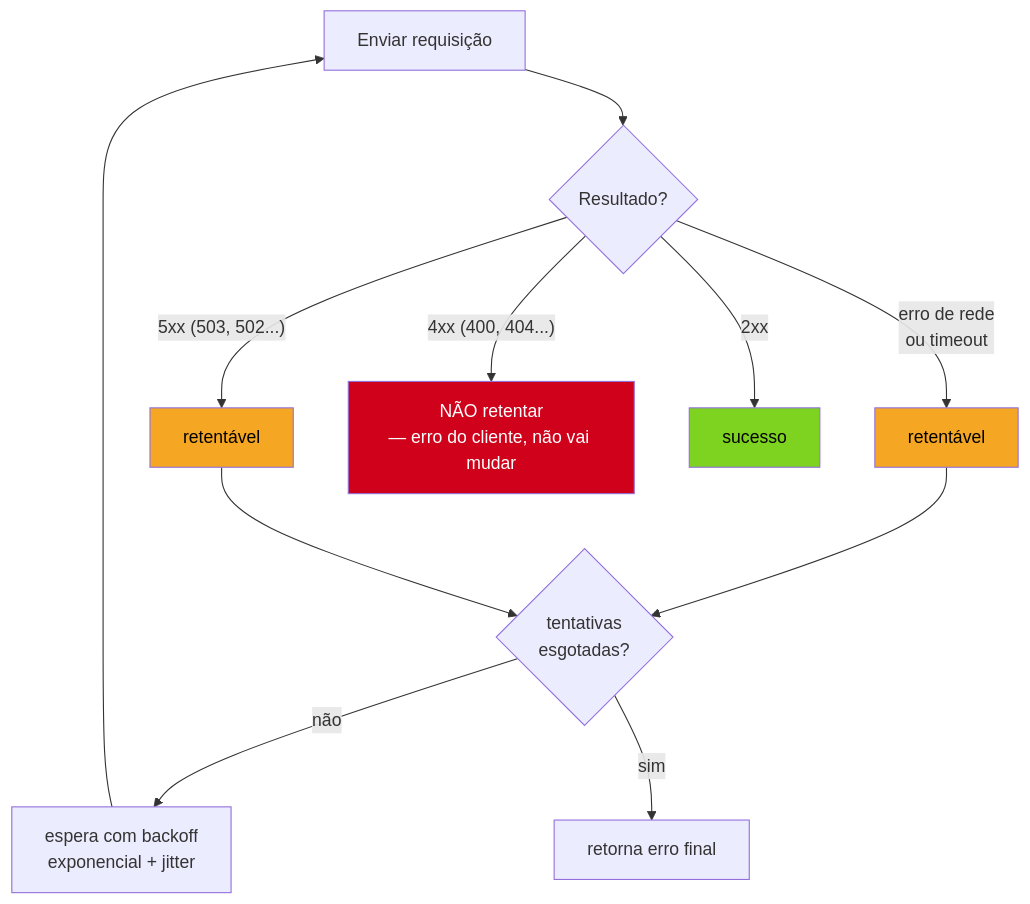
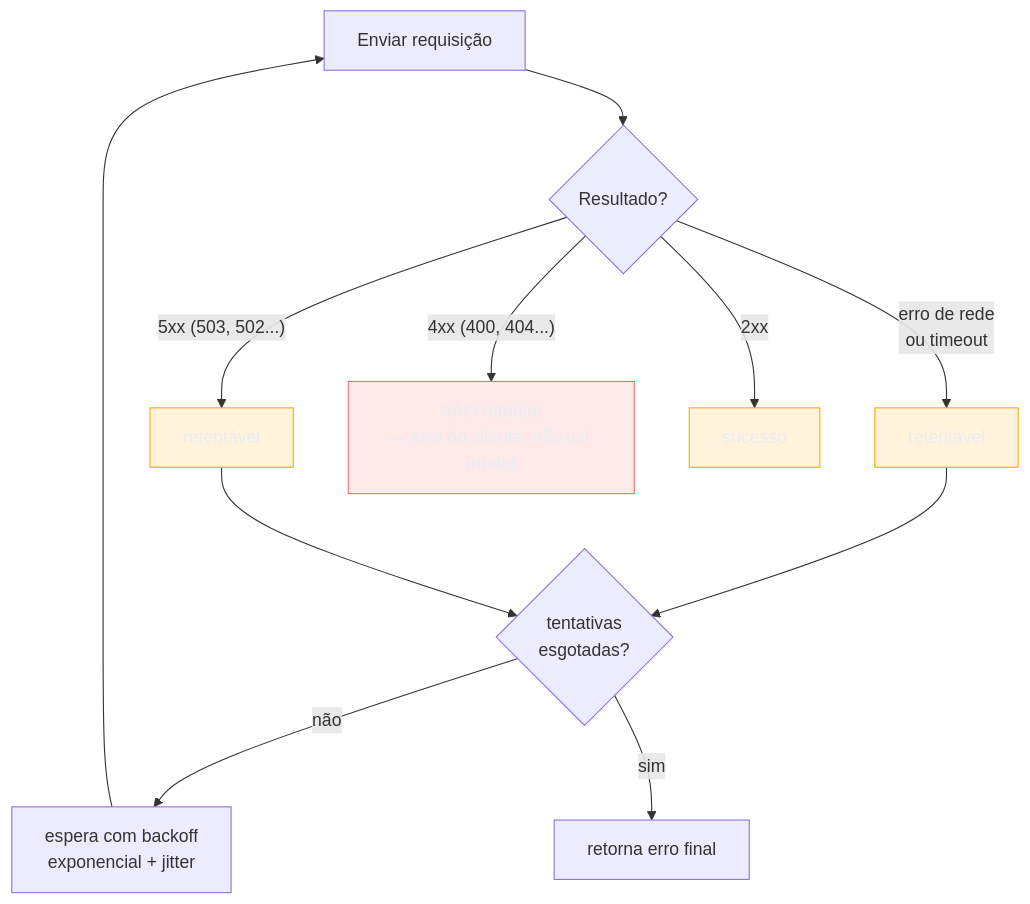
One commit to josenaldo/codex-technomanticus changed the third of 3 diagrams in 03-Dominios/Tecnologia/Go/10 - HTTP e frameworks web/07 - Clientes HTTP.md. Above: the diagram before and after it, drawn with Mermaid. The commit also changed other lines of this file and 1181 other files, not shown here.

First line of the commit message:
fix(diagramas): paleta do sistema no lugar de cor cravada no markdown

````diff
--- a/03-Dominios/Tecnologia/Go/10 - HTTP e frameworks web/07 - Clientes HTTP.md
+++ b/03-Dominios/Tecnologia/Go/10 - HTTP e frameworks web/07 - Clientes HTTP.md
@@ -208,19 +210,21 @@
 ```mermaid
 flowchart TD
+    classDef destaque fill:#FFAA0024,stroke:#FFAA00,color:#E9ECF2
+    classDef falha fill:#FF6B6B24,stroke:#FF6B6B,color:#E9ECF2
     Start["Enviar requisição"] --> Resp{"Resultado?"}
     Resp -->|"erro de rede\nou timeout"| Retryable1["retentável"]
     Resp -->|"5xx (503, 502...)"| Retryable2["retentável"]
     Resp -->|"4xx (400, 404...)"| NotRetryable["NÃO retentar\n— erro do cliente, não vai mudar"]
     Resp -->|"2xx"| Success["sucesso"]
 
     Retryable1 --> Check{"tentativas\nesgotadas?"}
     Retryable2 --> Check
     Check -->|não| Backoff["espera com backoff\nexponencial + jitter"]
     Backoff --> Start
     Check -->|sim| Fail["retorna erro final"]
 
-    style Retryable1 fill:#F5A623,color:#000
-    style Retryable2 fill:#F5A623,color:#000
-    style NotRetryable fill:#D0021B,color:#fff
-    style Success fill:#7ED321,color:#000
+    class Retryable1 destaque
+    class Retryable2 destaque
+    class NotRetryable falha
+    class Success destaque
 ```
````
